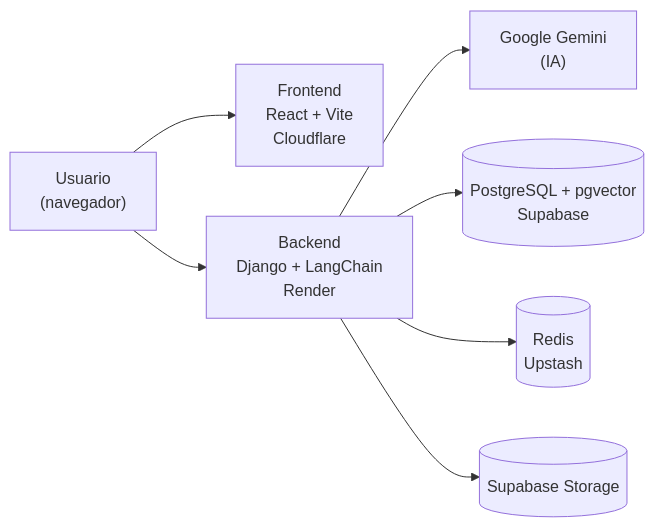
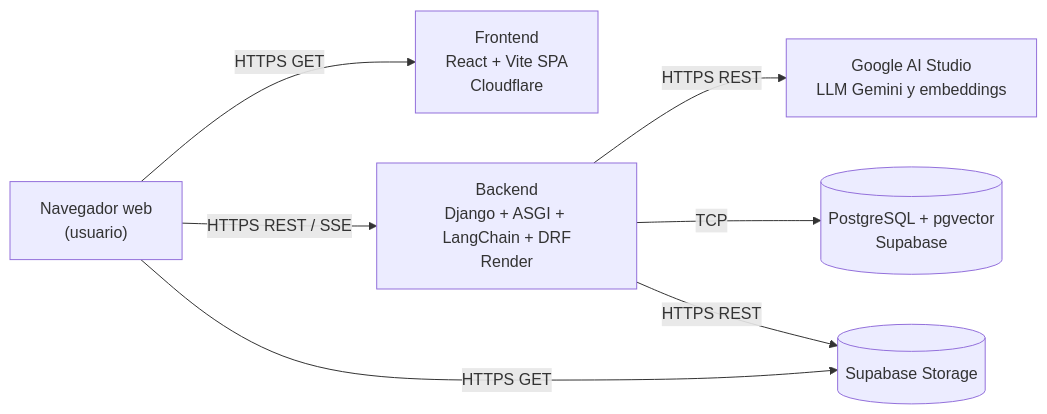
One commit to UGONT/Capstone changed the diagram in README.md. Above: the diagram before and after it, drawn with Mermaid. The commit also changed other lines of this file, not shown here.

````diff
--- a/README.md
+++ b/README.md
@@ -47,9 +49,16 @@
 ```mermaid
 flowchart LR
-    U["Usuario<br/>(navegador)"] --> F["Frontend<br/>React + Vite<br/>Cloudflare"]
-    U --> B["Backend<br/>Django + LangChain<br/>Render"]
-    B --> IA["Google Gemini<br/>(IA)"]
-    B --> DB[("PostgreSQL + pgvector<br/>Supabase")]
-    B --> R[("Redis<br/>Upstash")]
-    B --> S[("Supabase Storage")]
+    U["Navegador web<br/>(usuario)"]
+    F["Frontend<br/>React + Vite SPA<br/>Cloudflare"]
+    B["Backend<br/>Django + ASGI + LangChain + DRF<br/>Render"]
+    IA["Google AI Studio<br/>LLM Gemini y embeddings"]
+    DB[("PostgreSQL + pgvector<br/>Supabase")]
+    S[("Supabase Storage")]
+
+    U -->|HTTPS GET| F
+    U -->|HTTPS REST / SSE| B
+    U -->|HTTPS GET| S
+    B -->|HTTPS REST| IA
+    B -->|TCP| DB
+    B -->|HTTPS REST| S
 ```
````
